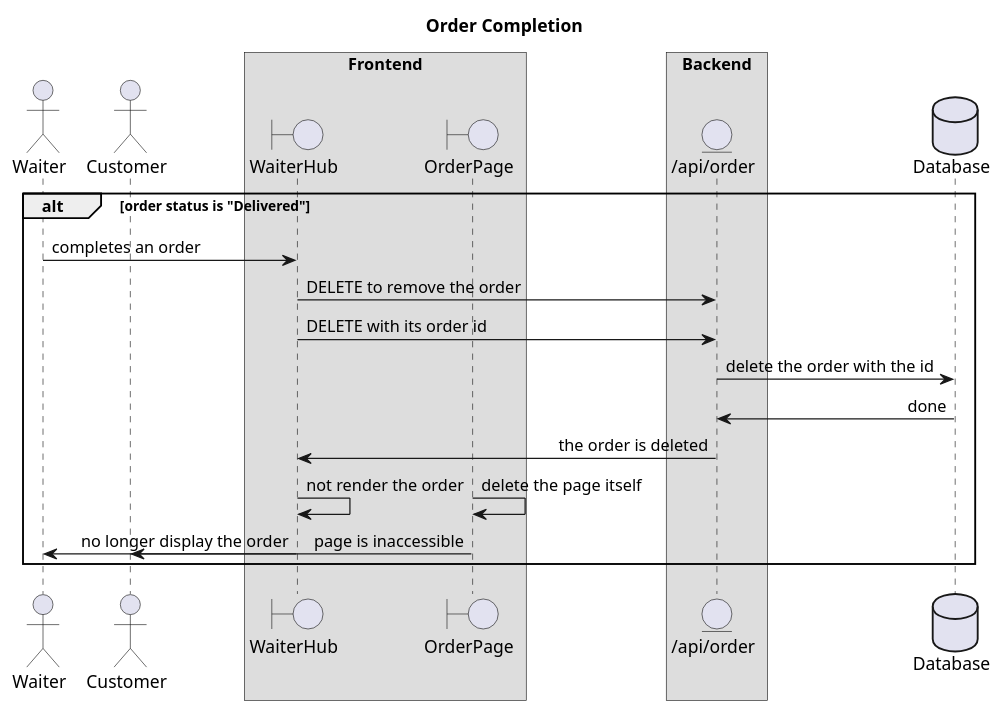
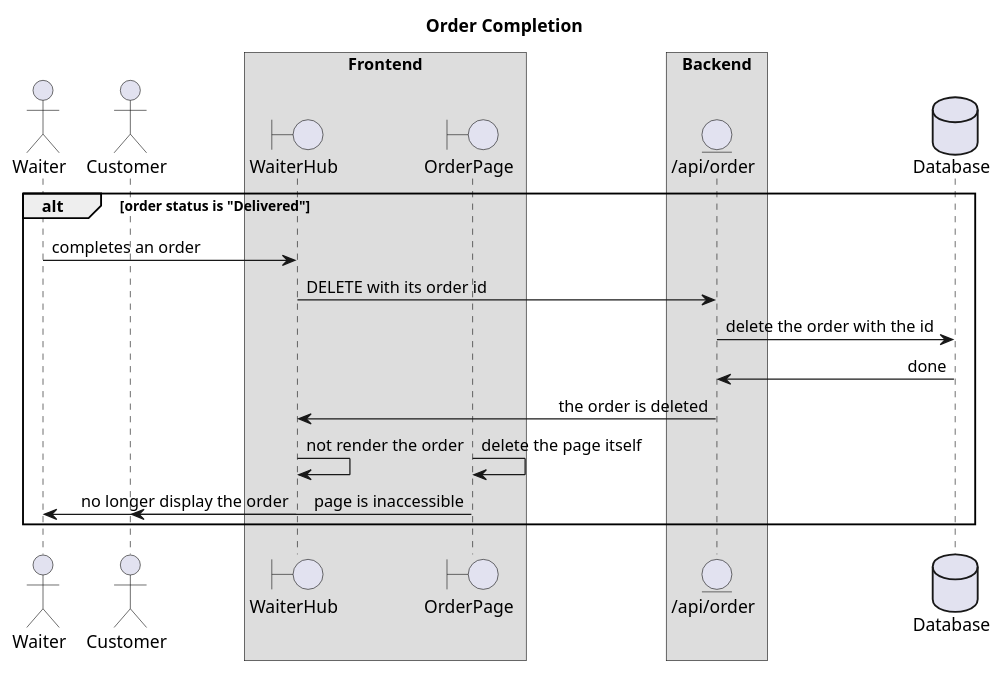
Before and after one commit to Spencer-Georgiou/Uni-Y2-Team: the diagram in doc/architecture/sequence-diagram/order-completion.puml, drawn with PlantUML. The commit also changed 3 other files, not shown here.

Commit message:
docs(Diagram): correct errors in the er-diagram

```diff
--- a/doc/architecture/sequence-diagram/order-completion.puml
+++ b/doc/architecture/sequence-diagram/order-completion.puml
@@ -3,38 +3,37 @@
 @startuml
 ' diagram format
 skinparam sequenceArrowThickness 1
 skinparam maxmessagesize 200
 skinparam BoxPadding 50
 skinparam SequenceMessageAlign first
 !pragma teoz true
 
 title Order Completion
 
 ' actors
 actor Waiter
 actor Customer
 ' frontend entities
 box Frontend
 boundary WaiterHub
 boundary OrderPage
 end box
 ' backend entities
 box Backend
 entity "/api/order" as OrderAPI
 end box
 ' database entities
 database Database
 
 alt order status is "Delivered"
 Waiter -> WaiterHub: completes an order
-WaiterHub -> OrderAPI: DELETE to remove the order
 WaiterHub -> OrderAPI: DELETE with its order id
 OrderAPI -> Database: delete the order with the id
 Database -> OrderAPI: done
 OrderAPI -> WaiterHub: the order is deleted
 WaiterHub -> WaiterHub: not render the order
 & OrderPage -> OrderPage: delete the page itself
 WaiterHub -> Waiter: no longer display the order
 & OrderPage -> Customer: page is inaccessible
 end
 @enduml
```
